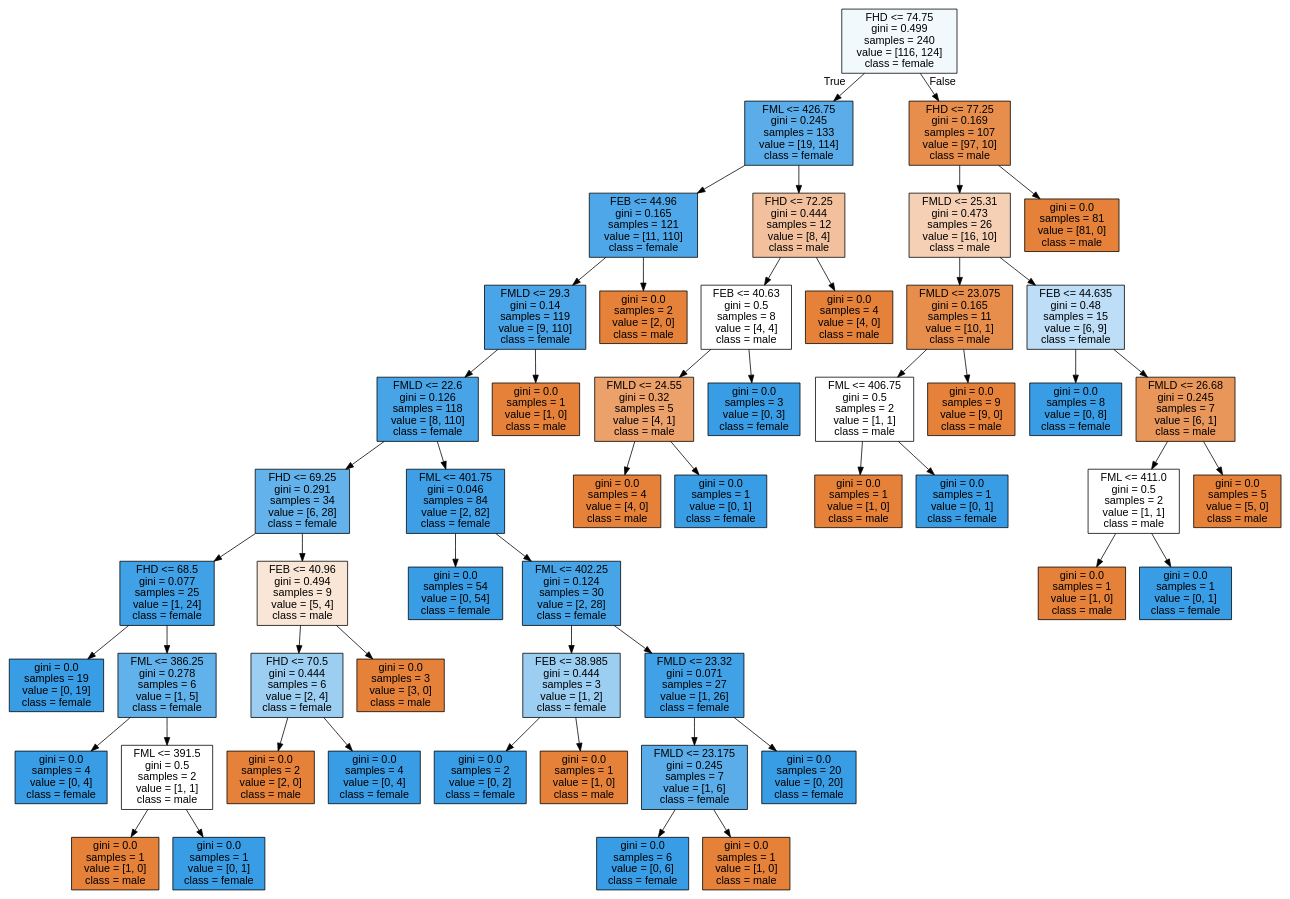
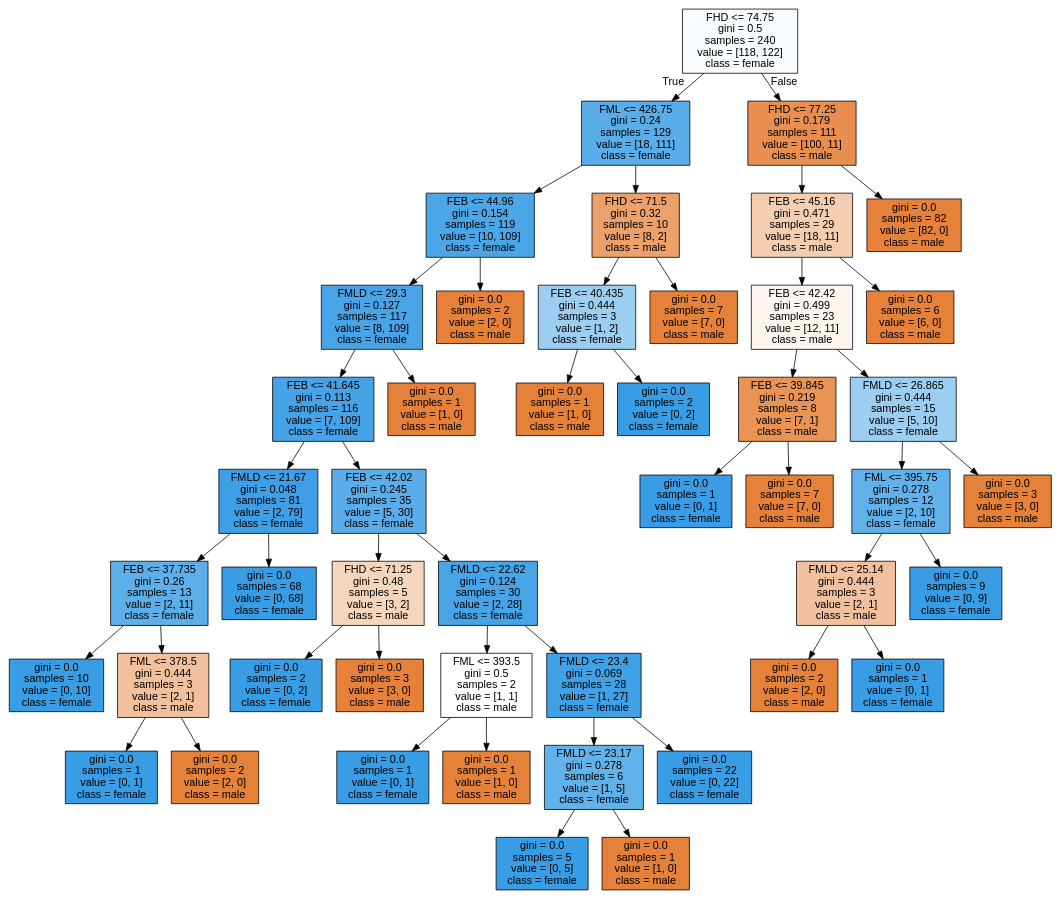
The diagram in data/decision_trees/tree_sex_femur.dot (AndreeaBolonyi/ReconstituiriIstorice), drawn with Graphviz before and after one commit. The commit also changed 15 other files, not shown here.

```diff
--- a/data/decision_trees/tree_sex_femur.dot
+++ b/data/decision_trees/tree_sex_femur.dot
@@ -1,109 +1,97 @@
 digraph Tree {
 node [shape=box, style="filled", color="black", fontname="helvetica"] ;
 edge [fontname="helvetica"] ;
-0 [label="FHD <= 74.75\ngini = 0.499\nsamples = 240\nvalue = [116, 124]\nclass = female", fillcolor="#f2f9fd"] ;
-1 [label="FML <= 426.75\ngini = 0.245\nsamples = 133\nvalue = [19, 114]\nclass = female", fillcolor="#5aade9"] ;
+0 [label="FHD <= 74.75\ngini = 0.5\nsamples = 240\nvalue = [118, 122]\nclass = female", fillcolor="#f9fcfe"] ;
+1 [label="FML <= 426.75\ngini = 0.24\nsamples = 129\nvalue = [18, 111]\nclass = female", fillcolor="#59ade9"] ;
 0 -> 1 [labeldistance=2.5, labelangle=45, headlabel="True"] ;
-2 [label="FEB <= 44.96\ngini = 0.165\nsamples = 121\nvalue = [11, 110]\nclass = female", fillcolor="#4da7e8"] ;
+2 [label="FEB <= 44.96\ngini = 0.154\nsamples = 119\nvalue = [10, 109]\nclass = female", fillcolor="#4ba6e7"] ;
 1 -> 2 ;
-3 [label="FMLD <= 29.3\ngini = 0.14\nsamples = 119\nvalue = [9, 110]\nclass = female", fillcolor="#49a5e7"] ;
+3 [label="FMLD <= 29.3\ngini = 0.127\nsamples = 117\nvalue = [8, 109]\nclass = female", fillcolor="#48a4e7"] ;
 2 -> 3 ;
-4 [label="FMLD <= 22.6\ngini = 0.126\nsamples = 118\nvalue = [8, 110]\nclass = female", fillcolor="#47a4e7"] ;
+4 [label="FEB <= 41.645\ngini = 0.113\nsamples = 116\nvalue = [7, 109]\nclass = female", fillcolor="#46a3e7"] ;
 3 -> 4 ;
-5 [label="FHD <= 69.25\ngini = 0.291\nsamples = 34\nvalue = [6, 28]\nclass = female", fillcolor="#63b2eb"] ;
+5 [label="FMLD <= 21.67\ngini = 0.048\nsamples = 81\nvalue = [2, 79]\nclass = female", fillcolor="#3e9fe6"] ;
 4 -> 5 ;
-6 [label="FHD <= 68.5\ngini = 0.077\nsamples = 25\nvalue = [1, 24]\nclass = female", fillcolor="#41a1e6"] ;
+6 [label="FEB <= 37.735\ngini = 0.26\nsamples = 13\nvalue = [2, 11]\nclass = female", fillcolor="#5dafea"] ;
 5 -> 6 ;
-7 [label="gini = 0.0\nsamples = 19\nvalue = [0, 19]\nclass = female", fillcolor="#399de5"] ;
+7 [label="gini = 0.0\nsamples = 10\nvalue = [0, 10]\nclass = female", fillcolor="#399de5"] ;
 6 -> 7 ;
-8 [label="FML <= 386.25\ngini = 0.278\nsamples = 6\nvalue = [1, 5]\nclass = female", fillcolor="#61b1ea"] ;
+8 [label="FML <= 378.5\ngini = 0.444\nsamples = 3\nvalue = [2, 1]\nclass = male", fillcolor="#f2c09c"] ;
 6 -> 8 ;
-9 [label="gini = 0.0\nsamples = 4\nvalue = [0, 4]\nclass = female", fillcolor="#399de5"] ;
+9 [label="gini = 0.0\nsamples = 1\nvalue = [0, 1]\nclass = female", fillcolor="#399de5"] ;
 8 -> 9 ;
-10 [label="FML <= 391.5\ngini = 0.5\nsamples = 2\nvalue = [1, 1]\nclass = male", fillcolor="#ffffff"] ;
+10 [label="gini = 0.0\nsamples = 2\nvalue = [2, 0]\nclass = male", fillcolor="#e58139"] ;
 8 -> 10 ;
-11 [label="gini = 0.0\nsamples = 1\nvalue = [1, 0]\nclass = male", fillcolor="#e58139"] ;
-10 -> 11 ;
-12 [label="gini = 0.0\nsamples = 1\nvalue = [0, 1]\nclass = female", fillcolor="#399de5"] ;
-10 -> 12 ;
-13 [label="FEB <= 40.96\ngini = 0.494\nsamples = 9\nvalue = [5, 4]\nclass = male", fillcolor="#fae6d7"] ;
-5 -> 13 ;
-14 [label="FHD <= 70.5\ngini = 0.444\nsamples = 6\nvalue = [2, 4]\nclass = female", fillcolor="#9ccef2"] ;
+11 [label="gini = 0.0\nsamples = 68\nvalue = [0, 68]\nclass = female", fillcolor="#399de5"] ;
+5 -> 11 ;
+12 [label="FEB <= 42.02\ngini = 0.245\nsamples = 35\nvalue = [5, 30]\nclass = female", fillcolor="#5aade9"] ;
+4 -> 12 ;
+13 [label="FHD <= 71.25\ngini = 0.48\nsamples = 5\nvalue = [3, 2]\nclass = male", fillcolor="#f6d5bd"] ;
+12 -> 13 ;
+14 [label="gini = 0.0\nsamples = 2\nvalue = [0, 2]\nclass = female", fillcolor="#399de5"] ;
 13 -> 14 ;
-15 [label="gini = 0.0\nsamples = 2\nvalue = [2, 0]\nclass = male", fillcolor="#e58139"] ;
-14 -> 15 ;
-16 [label="gini = 0.0\nsamples = 4\nvalue = [0, 4]\nclass = female", fillcolor="#399de5"] ;
-14 -> 16 ;
-17 [label="gini = 0.0\nsamples = 3\nvalue = [3, 0]\nclass = male", fillcolor="#e58139"] ;
-13 -> 17 ;
-18 [label="FML <= 401.75\ngini = 0.046\nsamples = 84\nvalue = [2, 82]\nclass = female", fillcolor="#3e9fe6"] ;
-4 -> 18 ;
-19 [label="gini = 0.0\nsamples = 54\nvalue = [0, 54]\nclass = female", fillcolor="#399de5"] ;
-18 -> 19 ;
-20 [label="FML <= 402.25\ngini = 0.124\nsamples = 30\nvalue = [2, 28]\nclass = female", fillcolor="#47a4e7"] ;
-18 -> 20 ;
-21 [label="FEB <= 38.985\ngini = 0.444\nsamples = 3\nvalue = [1, 2]\nclass = female", fillcolor="#9ccef2"] ;
+15 [label="gini = 0.0\nsamples = 3\nvalue = [3, 0]\nclass = male", fillcolor="#e58139"] ;
+13 -> 15 ;
+16 [label="FMLD <= 22.62\ngini = 0.124\nsamples = 30\nvalue = [2, 28]\nclass = female", fillcolor="#47a4e7"] ;
+12 -> 16 ;
+17 [label="FML <= 393.5\ngini = 0.5\nsamples = 2\nvalue = [1, 1]\nclass = male", fillcolor="#ffffff"] ;
+16 -> 17 ;
+18 [label="gini = 0.0\nsamples = 1\nvalue = [0, 1]\nclass = female", fillcolor="#399de5"] ;
+17 -> 18 ;
+19 [label="gini = 0.0\nsamples = 1\nvalue = [1, 0]\nclass = male", fillcolor="#e58139"] ;
+17 -> 19 ;
+20 [label="FMLD <= 23.4\ngini = 0.069\nsamples = 28\nvalue = [1, 27]\nclass = female", fillcolor="#40a1e6"] ;
+16 -> 20 ;
+21 [label="FMLD <= 23.17\ngini = 0.278\nsamples = 6\nvalue = [1, 5]\nclass = female", fillcolor="#61b1ea"] ;
 20 -> 21 ;
-22 [label="gini = 0.0\nsamples = 2\nvalue = [0, 2]\nclass = female", fillcolor="#399de5"] ;
+22 [label="gini = 0.0\nsamples = 5\nvalue = [0, 5]\nclass = female", fillcolor="#399de5"] ;
 21 -> 22 ;
 23 [label="gini = 0.0\nsamples = 1\nvalue = [1, 0]\nclass = male", fillcolor="#e58139"] ;
 21 -> 23 ;
-24 [label="FMLD <= 23.32\ngini = 0.071\nsamples = 27\nvalue = [1, 26]\nclass = female", fillcolor="#41a1e6"] ;
+24 [label="gini = 0.0\nsamples = 22\nvalue = [0, 22]\nclass = female", fillcolor="#399de5"] ;
 20 -> 24 ;
-25 [label="FMLD <= 23.175\ngini = 0.245\nsamples = 7\nvalue = [1, 6]\nclass = female", fillcolor="#5aade9"] ;
-24 -> 25 ;
-26 [label="gini = 0.0\nsamples = 6\nvalue = [0, 6]\nclass = female", fillcolor="#399de5"] ;
-25 -> 26 ;
-27 [label="gini = 0.0\nsamples = 1\nvalue = [1, 0]\nclass = male", fillcolor="#e58139"] ;
-25 -> 27 ;
-28 [label="gini = 0.0\nsamples = 20\nvalue = [0, 20]\nclass = female", fillcolor="#399de5"] ;
-24 -> 28 ;
+25 [label="gini = 0.0\nsamples = 1\nvalue = [1, 0]\nclass = male", fillcolor="#e58139"] ;
+3 -> 25 ;
+26 [label="gini = 0.0\nsamples = 2\nvalue = [2, 0]\nclass = male", fillcolor="#e58139"] ;
+2 -> 26 ;
+27 [label="FHD <= 71.5\ngini = 0.32\nsamples = 10\nvalue = [8, 2]\nclass = male", fillcolor="#eca06a"] ;
+1 -> 27 ;
+28 [label="FEB <= 40.435\ngini = 0.444\nsamples = 3\nvalue = [1, 2]\nclass = female", fillcolor="#9ccef2"] ;
+27 -> 28 ;
 29 [label="gini = 0.0\nsamples = 1\nvalue = [1, 0]\nclass = male", fillcolor="#e58139"] ;
-3 -> 29 ;
-30 [label="gini = 0.0\nsamples = 2\nvalue = [2, 0]\nclass = male", fillcolor="#e58139"] ;
-2 -> 30 ;
-31 [label="FHD <= 72.25\ngini = 0.444\nsamples = 12\nvalue = [8, 4]\nclass = male", fillcolor="#f2c09c"] ;
-1 -> 31 ;
-32 [label="FEB <= 40.63\ngini = 0.5\nsamples = 8\nvalue = [4, 4]\nclass = male", fillcolor="#ffffff"] ;
-31 -> 32 ;
-33 [label="FMLD <= 24.55\ngini = 0.32\nsamples = 5\nvalue = [4, 1]\nclass = male", fillcolor="#eca06a"] ;
+28 -> 29 ;
+30 [label="gini = 0.0\nsamples = 2\nvalue = [0, 2]\nclass = female", fillcolor="#399de5"] ;
+28 -> 30 ;
+31 [label="gini = 0.0\nsamples = 7\nvalue = [7, 0]\nclass = male", fillcolor="#e58139"] ;
+27 -> 31 ;
+32 [label="FHD <= 77.25\ngini = 0.179\nsamples = 111\nvalue = [100, 11]\nclass = male", fillcolor="#e88f4f"] ;
+0 -> 32 [labeldistance=2.5, labelangle=-45, headlabel="False"] ;
+33 [label="FEB <= 45.16\ngini = 0.471\nsamples = 29\nvalue = [18, 11]\nclass = male", fillcolor="#f5ceb2"] ;
 32 -> 33 ;
-34 [label="gini = 0.0\nsamples = 4\nvalue = [4, 0]\nclass = male", fillcolor="#e58139"] ;
+34 [label="FEB <= 42.42\ngini = 0.499\nsamples = 23\nvalue = [12, 11]\nclass = male", fillcolor="#fdf5ef"] ;
 33 -> 34 ;
-35 [label="gini = 0.0\nsamples = 1\nvalue = [0, 1]\nclass = female", fillcolor="#399de5"] ;
-33 -> 35 ;
-36 [label="gini = 0.0\nsamples = 3\nvalue = [0, 3]\nclass = female", fillcolor="#399de5"] ;
-32 -> 36 ;
-37 [label="gini = 0.0\nsamples = 4\nvalue = [4, 0]\nclass = male", fillcolor="#e58139"] ;
-31 -> 37 ;
-38 [label="FHD <= 77.25\ngini = 0.169\nsamples = 107\nvalue = [97, 10]\nclass = male", fillcolor="#e88e4d"] ;
-0 -> 38 [labeldistance=2.5, labelangle=-45, headlabel="False"] ;
-39 [label="FMLD <= 25.31\ngini = 0.473\nsamples = 26\nvalue = [16, 10]\nclass = male", fillcolor="#f5d0b5"] ;
+35 [label="FEB <= 39.845\ngini = 0.219\nsamples = 8\nvalue = [7, 1]\nclass = male", fillcolor="#e99355"] ;
+34 -> 35 ;
+36 [label="gini = 0.0\nsamples = 1\nvalue = [0, 1]\nclass = female", fillcolor="#399de5"] ;
+35 -> 36 ;
+37 [label="gini = 0.0\nsamples = 7\nvalue = [7, 0]\nclass = male", fillcolor="#e58139"] ;
+35 -> 37 ;
+38 [label="FMLD <= 26.865\ngini = 0.444\nsamples = 15\nvalue = [5, 10]\nclass = female", fillcolor="#9ccef2"] ;
+34 -> 38 ;
+39 [label="FML <= 395.75\ngini = 0.278\nsamples = 12\nvalue = [2, 10]\nclass = female", fillcolor="#61b1ea"] ;
 38 -> 39 ;
-40 [label="FMLD <= 23.075\ngini = 0.165\nsamples = 11\nvalue = [10, 1]\nclass = male", fillcolor="#e88e4d"] ;
+40 [label="FMLD <= 25.14\ngini = 0.444\nsamples = 3\nvalue = [2, 1]\nclass = male", fillcolor="#f2c09c"] ;
 39 -> 40 ;
-41 [label="FML <= 406.75\ngini = 0.5\nsamples = 2\nvalue = [1, 1]\nclass = male", fillcolor="#ffffff"] ;
+41 [label="gini = 0.0\nsamples = 2\nvalue = [2, 0]\nclass = male", fillcolor="#e58139"] ;
 40 -> 41 ;
-42 [label="gini = 0.0\nsamples = 1\nvalue = [1, 0]\nclass = male", fillcolor="#e58139"] ;
-41 -> 42 ;
-43 [label="gini = 0.0\nsamples = 1\nvalue = [0, 1]\nclass = female", fillcolor="#399de5"] ;
-41 -> 43 ;
-44 [label="gini = 0.0\nsamples = 9\nvalue = [9, 0]\nclass = male", fillcolor="#e58139"] ;
-40 -> 44 ;
-45 [label="FEB <= 44.635\ngini = 0.48\nsamples = 15\nvalue = [6, 9]\nclass = female", fillcolor="#bddef6"] ;
-39 -> 45 ;
-46 [label="gini = 0.0\nsamples = 8\nvalue = [0, 8]\nclass = female", fillcolor="#399de5"] ;
-45 -> 46 ;
-47 [label="FMLD <= 26.68\ngini = 0.245\nsamples = 7\nvalue = [6, 1]\nclass = male", fillcolor="#e9965a"] ;
-45 -> 47 ;
-48 [label="FML <= 411.0\ngini = 0.5\nsamples = 2\nvalue = [1, 1]\nclass = male", fillcolor="#ffffff"] ;
-47 -> 48 ;
-49 [label="gini = 0.0\nsamples = 1\nvalue = [1, 0]\nclass = male", fillcolor="#e58139"] ;
-48 -> 49 ;
-50 [label="gini = 0.0\nsamples = 1\nvalue = [0, 1]\nclass = female", fillcolor="#399de5"] ;
-48 -> 50 ;
-51 [label="gini = 0.0\nsamples = 5\nvalue = [5, 0]\nclass = male", fillcolor="#e58139"] ;
-47 -> 51 ;
-52 [label="gini = 0.0\nsamples = 81\nvalue = [81, 0]\nclass = male", fillcolor="#e58139"] ;
-38 -> 52 ;
+42 [label="gini = 0.0\nsamples = 1\nvalue = [0, 1]\nclass = female", fillcolor="#399de5"] ;
+40 -> 42 ;
+43 [label="gini = 0.0\nsamples = 9\nvalue = [0, 9]\nclass = female", fillcolor="#399de5"] ;
+39 -> 43 ;
+44 [label="gini = 0.0\nsamples = 3\nvalue = [3, 0]\nclass = male", fillcolor="#e58139"] ;
+38 -> 44 ;
+45 [label="gini = 0.0\nsamples = 6\nvalue = [6, 0]\nclass = male", fillcolor="#e58139"] ;
+33 -> 45 ;
+46 [label="gini = 0.0\nsamples = 82\nvalue = [82, 0]\nclass = male", fillcolor="#e58139"] ;
+32 -> 46 ;
 }
```
